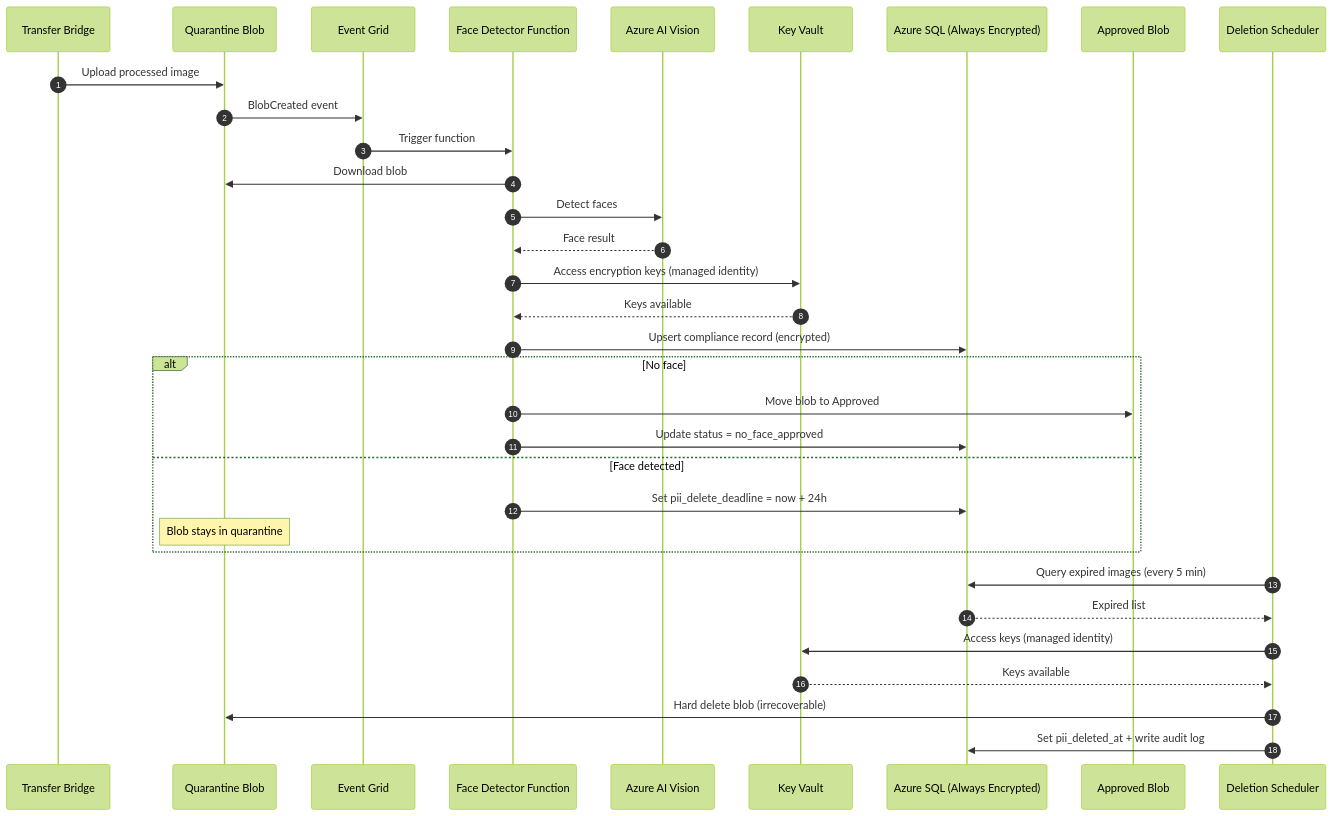
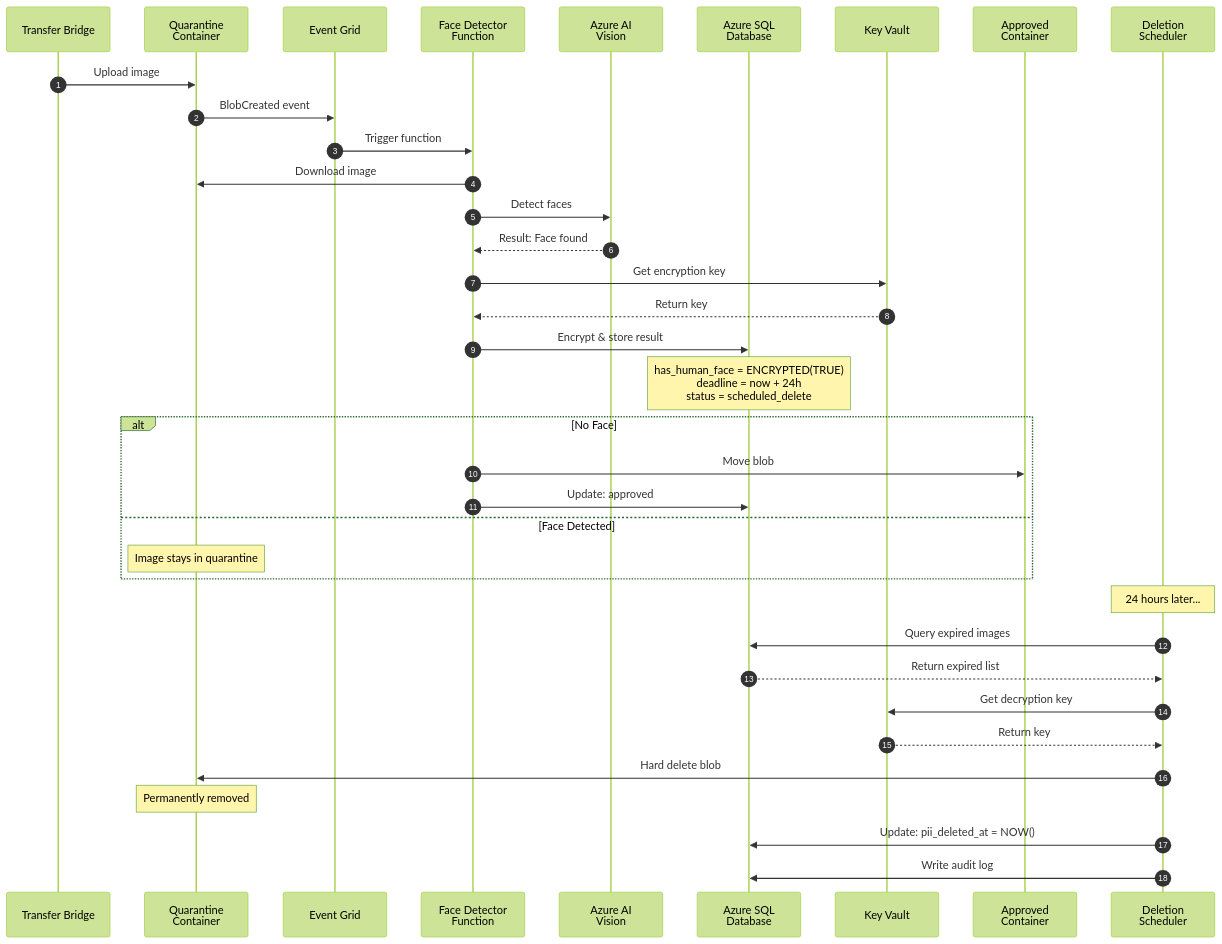
Before and after one commit to anandSgunti/cloud: the second of 2 diagrams in 03. The-Privacy/Solution architecture.md, drawn with Mermaid (forest theme). The commit also changed other lines of this file, not shown here.

Commit message:
Update Solution architecture.md

````diff
--- a/03. The-Privacy/Solution architecture.md
+++ b/03. The-Privacy/Solution architecture.md
@@ -96,40 +228,48 @@
 ```mermaid
 sequenceDiagram
     autonumber
     participant Bridge as Transfer Bridge
-    participant Q as Quarantine Blob
-    participant EG as Event Grid
-    participant FD as Face Detector Function
-    participant V as Azure AI Vision
-    participant KV as Key Vault
-    participant DB as Azure SQL (Always Encrypted)
-    participant A as Approved Blob
-    participant DS as Deletion Scheduler
-
-    Bridge->>Q: Upload processed image
-    Q->>EG: BlobCreated event
-    EG->>FD: Trigger function
-
-    FD->>Q: Download blob
-    FD->>V: Detect faces
-    V-->>FD: Face result
-
-    FD->>KV: Access encryption keys (managed identity)
-    KV-->>FD: Keys available
-
-    FD->>DB: Upsert compliance record (encrypted)
-    alt No face
-        FD->>A: Move blob to Approved
-        FD->>DB: Update status = no_face_approved
-    else Face detected
-        FD->>DB: Set pii_delete_deadline = now + 24h
-        Note over Q: Blob stays in quarantine
+    participant Quarantine as Quarantine<br/>Container
+    participant EventGrid as Event Grid
+    participant FaceFunc as Face Detector<br/>Function
+    participant Vision as Azure AI<br/>Vision
+    participant DB as Azure SQL<br/>Database
+    participant KeyVault as Key Vault
+    participant Approved as Approved<br/>Container
+    participant Scheduler as Deletion<br/>Scheduler
+    
+    Bridge->>Quarantine: Upload image
+    Quarantine->>EventGrid: BlobCreated event
+    EventGrid->>FaceFunc: Trigger function
+    
+    FaceFunc->>Quarantine: Download image
+    FaceFunc->>Vision: Detect faces
+    Vision-->>FaceFunc: Result: Face found
+    
+    FaceFunc->>KeyVault: Get encryption key
+    KeyVault-->>FaceFunc: Return key
+    
+    FaceFunc->>DB: Encrypt & store result
+    Note over DB: has_human_face = ENCRYPTED(TRUE)<br/>deadline = now + 24h<br/>status = scheduled_delete
+    
+    alt No Face
+        FaceFunc->>Approved: Move blob
+        FaceFunc->>DB: Update: approved
+    else Face Detected
+        Note over Quarantine: Image stays in quarantine
     end
-
-    DS->>DB: Query expired images (every 5 min)
-    DB-->>DS: Expired list
-    DS->>KV: Access keys (managed identity)
-    KV-->>DS: Keys available
-    DS->>Q: Hard delete blob (irrecoverable)
-    DS->>DB: Set pii_deleted_at + write audit log
+    
+    Note over Scheduler: 24 hours later...
+    
+    Scheduler->>DB: Query expired images
+    DB-->>Scheduler: Return expired list
+    
+    Scheduler->>KeyVault: Get decryption key
+    KeyVault-->>Scheduler: Return key
+    
+    Scheduler->>Quarantine: Hard delete blob
+    Note over Quarantine: Permanently removed
+    
+    Scheduler->>DB: Update: pii_deleted_at = NOW()
+    Scheduler->>DB: Write audit log
 ```
````
